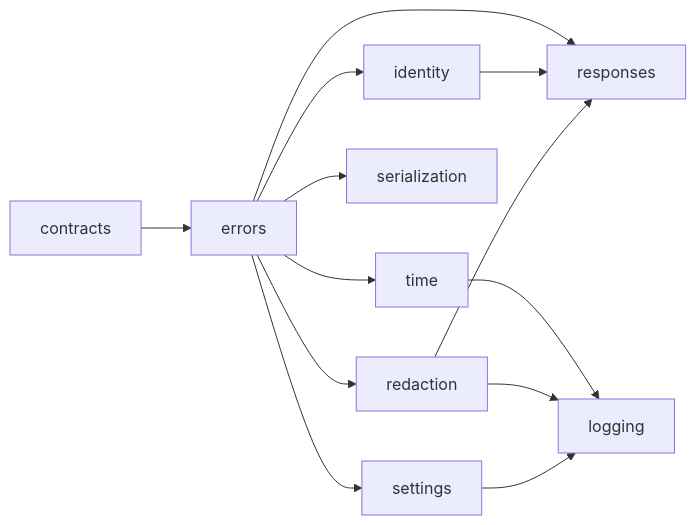
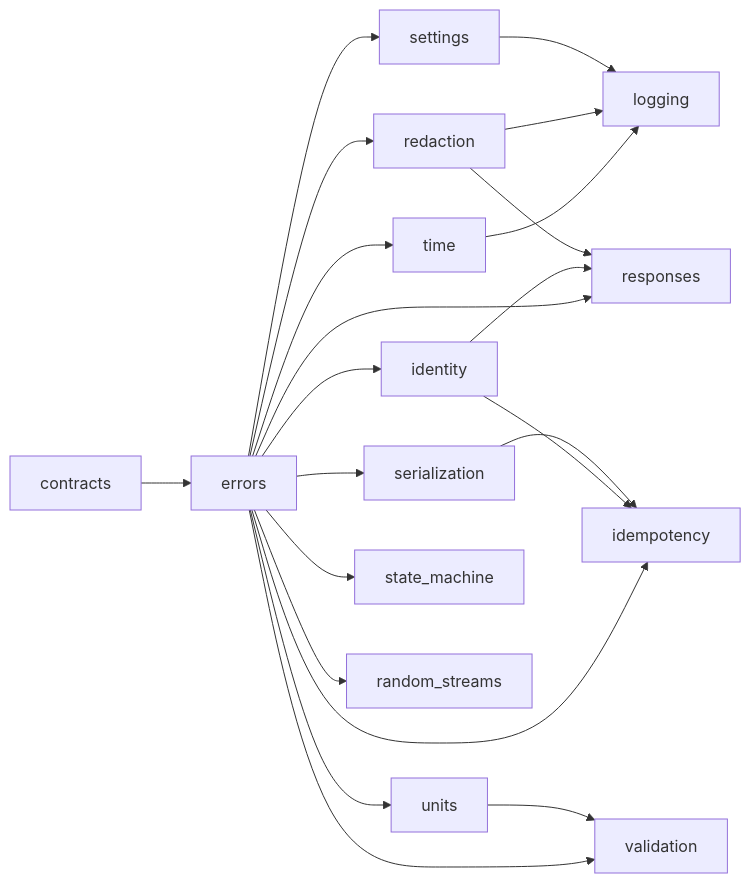
One commit to haruperi/HaruQuantAI changed the diagram in app/utils/README.md. Above: the diagram before and after it, drawn with Mermaid. The commit also changed other lines of this file and 13 other files, not shown here.

````diff
--- a/app/utils/README.md
+++ b/app/utils/README.md
@@ -196,15 +312,23 @@
 ```mermaid
 flowchart LR
     C[contracts] --> E[errors]
     E --> I[identity]
     E --> T[time]
     E --> S[serialization]
     E --> R[redaction]
     E --> SET[settings]
     T --> L[logging]
     R --> L
     SET --> L
     E --> RESP[responses]
     I --> RESP
     R --> RESP
+    E --> U[units]
+    E --> SM[state_machine]
+    E --> V[validation]
+    U --> V
+    E --> IDEM[idempotency]
+    I --> IDEM
+    S --> IDEM
+    E --> RS[random_streams]
 ```
````
